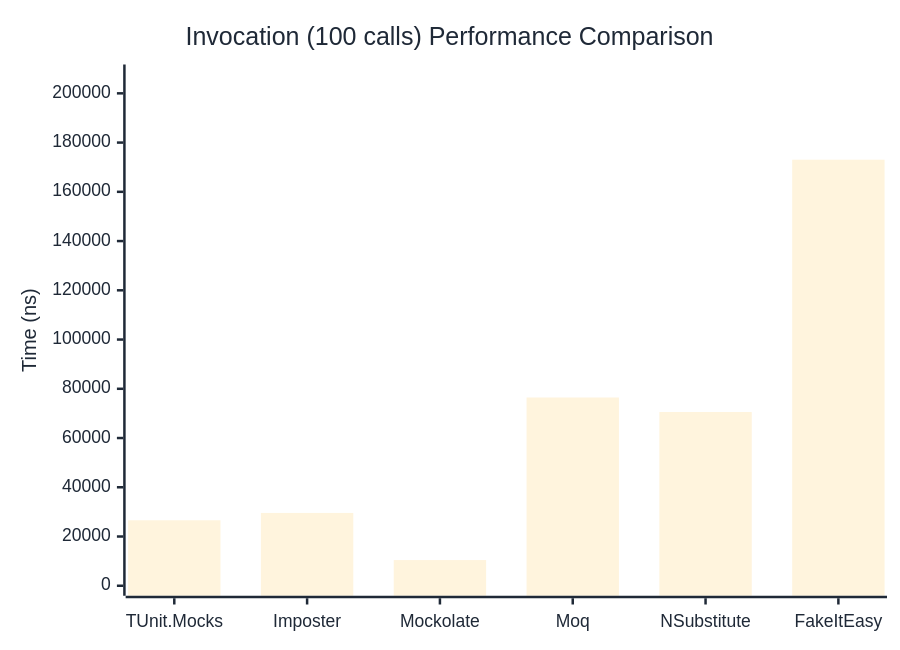
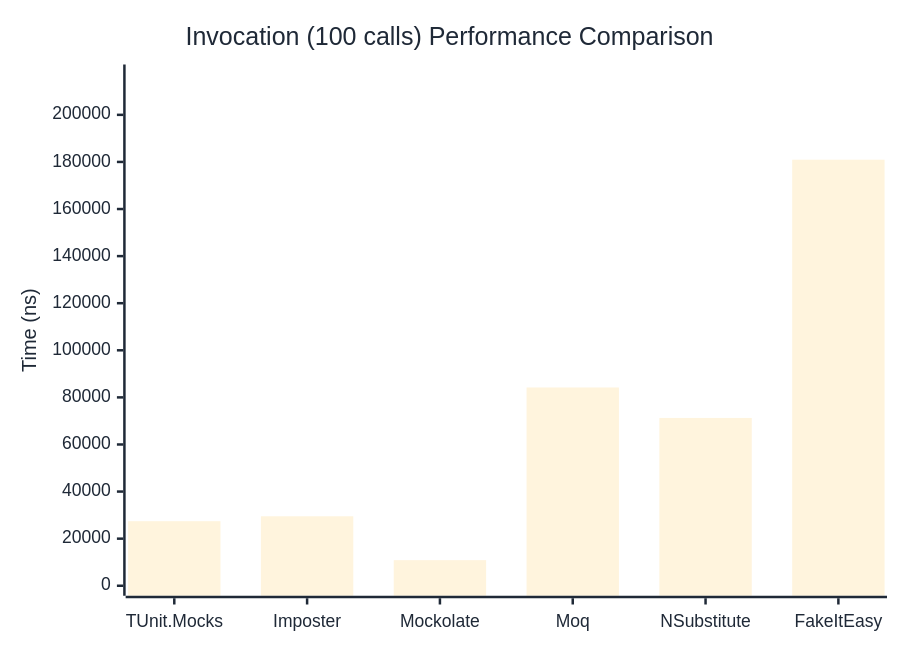
The third of 3 diagrams in docs/docs/benchmarks/mocks/Invocation.md (thomhurst/TUnit), drawn with Mermaid before and after one commit. The commit also changed other lines of this file and 14 other files, not shown here.

````diff
--- a/docs/docs/benchmarks/mocks/Invocation.md
+++ b/docs/docs/benchmarks/mocks/Invocation.md
@@ -112,27 +112,27 @@
 ```mermaid
 %%{init: {
   'theme':'base',
   'themeVariables': {
     'primaryColor': '#2563eb',
     'primaryTextColor': '#1f2937',
     'primaryBorderColor': '#1e40af',
     'lineColor': '#6b7280',
     'secondaryColor': '#7c3aed',
     'tertiaryColor': '#dc2626',
     'background': '#ffffff',
     'pie1': '#2563eb',
     'pie2': '#7c3aed',
     'pie3': '#dc2626',
     'pie4': '#f59e0b',
     'pie5': '#10b981',
     'pie6': '#06b6d4',
     'pie7': '#ec4899',
     'pie8': '#6366f1'
   }
 }}%%
 xychart-beta
   title "Invocation (100 calls) Performance Comparison"
   x-axis ["TUnit.Mocks", "Imposter", "Mockolate", "Moq", "NSubstitute", "FakeItEasy"]
-  y-axis "Time (ns)" 0 --> 207653
-  bar [26588.4, 29579.39, 10429.54, 76463.67, 70565.07, 173043.46]
+  y-axis "Time (ns)" 0 --> 217134
+  bar [27414.73, 29509.99, 10866.83, 84203.67, 71268.34, 180944.79]
 ```
````
